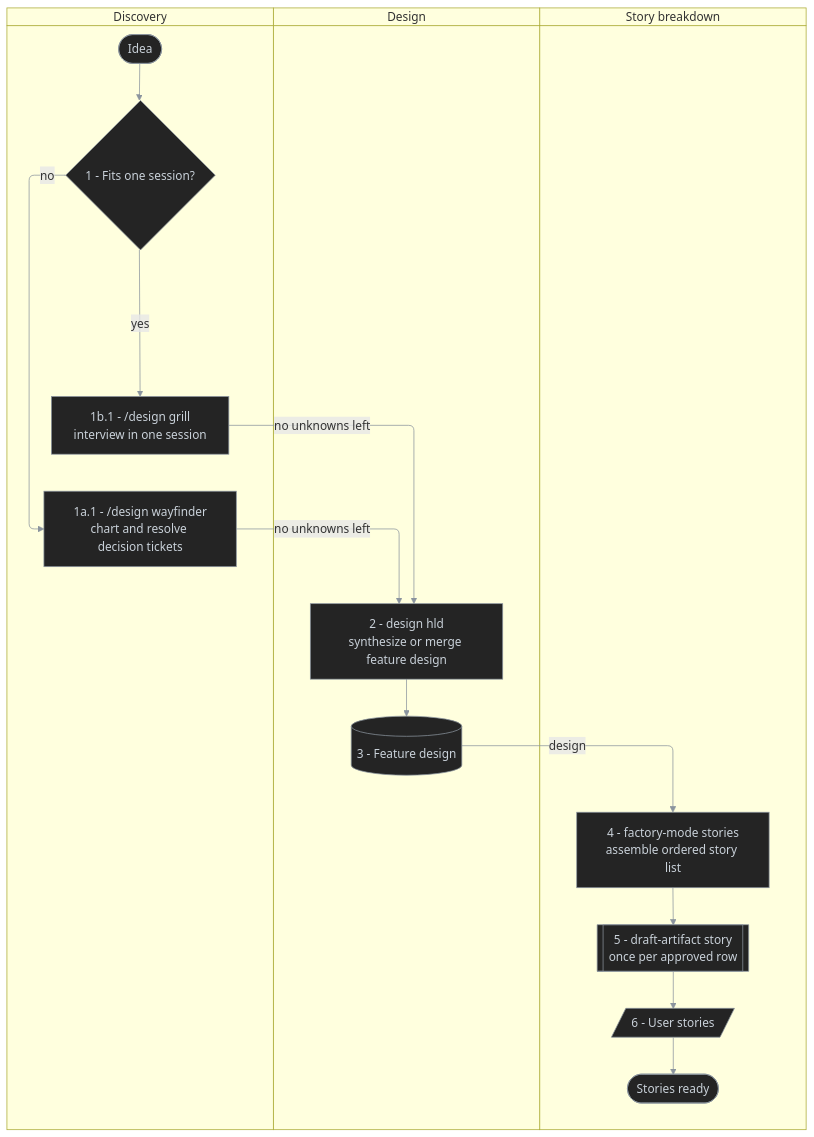
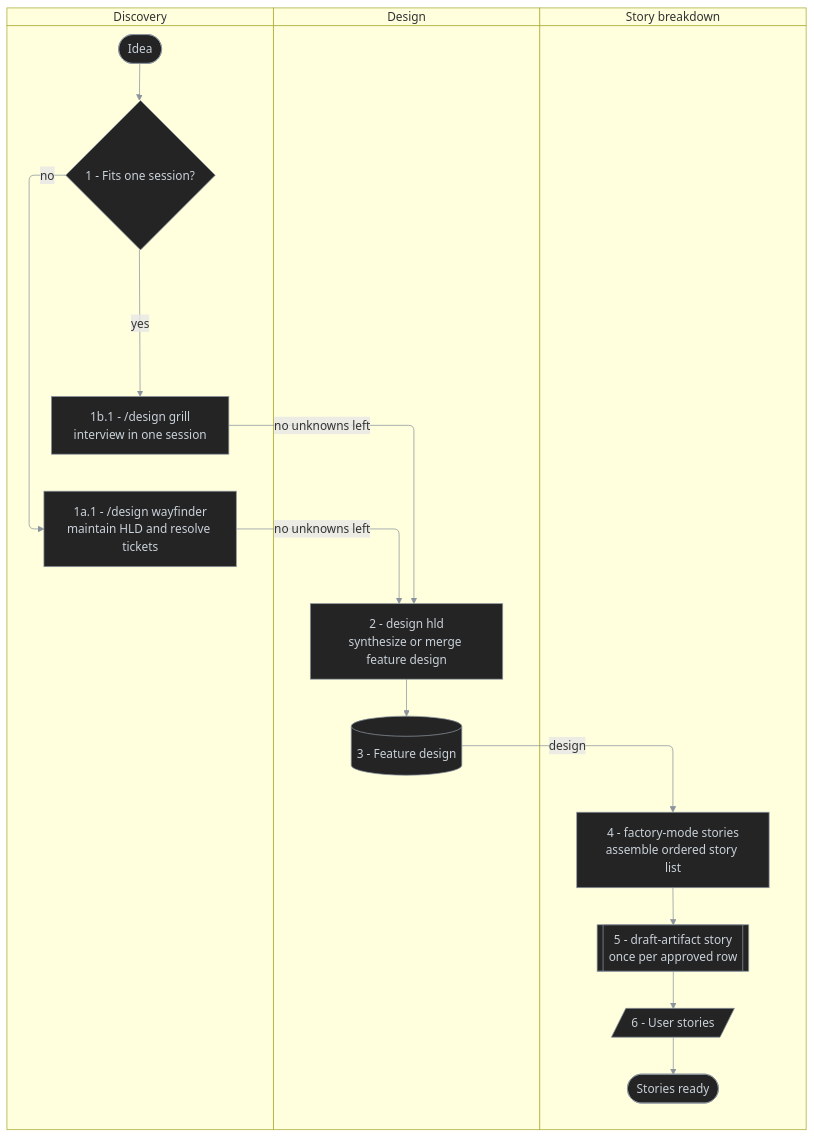
One commit to antshc/brain changed the second of 4 diagrams in plugins/wf/README.md. Above: the diagram before and after it, drawn with Mermaid. The commit also changed other lines of this file and 13 other files, not shown here.

First line of the commit message:
feat(design): maintain Wayfinder HLDs and automate evidence work (#383)

````diff
--- a/plugins/wf/README.md
+++ b/plugins/wf/README.md
@@ -77,33 +77,33 @@
 ```mermaid
 %%{init: {'themeVariables': {'lineColor': '#8b949e'}}}%%
 %% diagram-id: wf-design-to-stories-swimlane
 swimlane-beta TB
   accTitle: Design and story breakdown responsibility
   accDescr: Shows unknowns resolved by /design wayfinder or /design grill, a feature design synthesized by design hld, and the design broken down into User stories by the factory-mode Stories playbook.
 
   subgraph discovery [Discovery]
     idea([Idea])
     effortSize{1 - Fits one session?}
-    wayfinder[1a.1 - /design wayfinder<br/>chart and resolve decision tickets]
+    wayfinder[1a.1 - /design wayfinder<br/>maintain HLD and resolve tickets]
     grillDesign[1b.1 - /design grill<br/>interview in one session]
   end
 
   subgraph design [Design]
     toZdesign[2 - design hld<br/>synthesize or merge feature design]
     designDoc[(3 - Feature design)]
   end
 
   subgraph breakdown [Story breakdown]
     toStories[4 - factory-mode stories<br/>assemble ordered story list]
     draftStory[[5 - draft-artifact story<br/>once per approved row]]
     stories[/6 - User stories/]
     done([Stories ready])
   end
 
   idea --> effortSize
   effortSize -->|no| wayfinder -->|no unknowns left| toZdesign
   effortSize -->|yes| grillDesign -->|no unknowns left| toZdesign
   toZdesign --> designDoc -->|design| toStories --> draftStory --> stories --> done
 
   classDef default fill:#242424,stroke:#8b949e,color:#c9d1d9,stroke-width:1px
 ```
````
